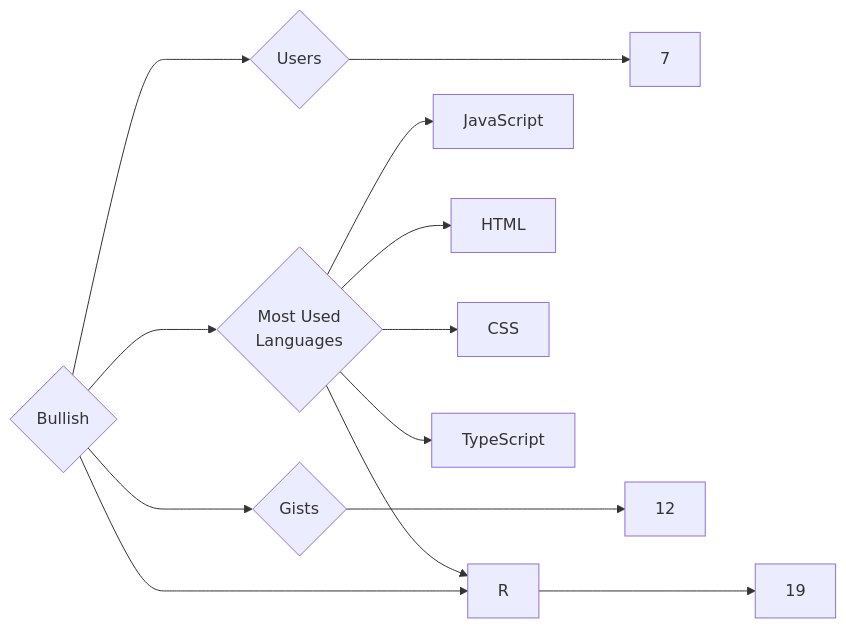
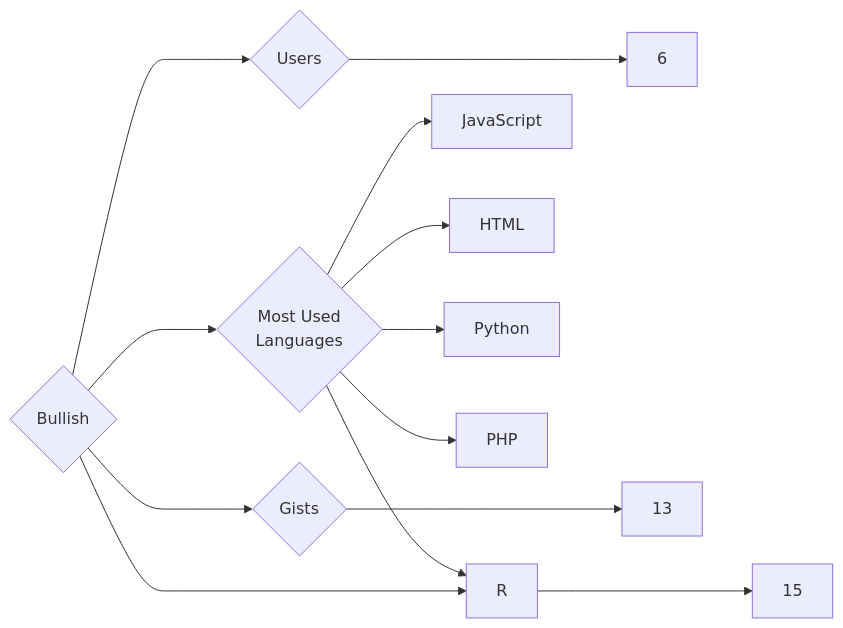
The diagram in targets/Bullish/README.md (trickest/insiders), drawn with Mermaid before and after one commit. The commit also changed 938 other files, not shown here.

````diff
--- a/targets/Bullish/README.md
+++ b/targets/Bullish/README.md
@@ -3,13 +3,13 @@
 ```mermaid
 graph LR
 COMPANY_NAME{Bullish}
-COMPANY_NAME ---> U{Users} ---> UN[7]
-COMPANY_NAME ---> R{Repositories} ---> RN[19]
-COMPANY_NAME ---> G{Gists} ---> GN[12]
+COMPANY_NAME ---> U{Users} ---> UN[6]
+COMPANY_NAME ---> R{Repositories} ---> RN[15]
+COMPANY_NAME ---> G{Gists} ---> GN[13]
 COMPANY_NAME ---> ML{Most Used<br>Languages}
 ML --> JavaScript[JavaScript]
 ML --> HTML[HTML]
-ML --> CSS[CSS]
-ML --> TypeScript[TypeScript]
 ML --> R[R]
+ML --> Python[Python]
+ML --> PHP[PHP]
 ```
````
